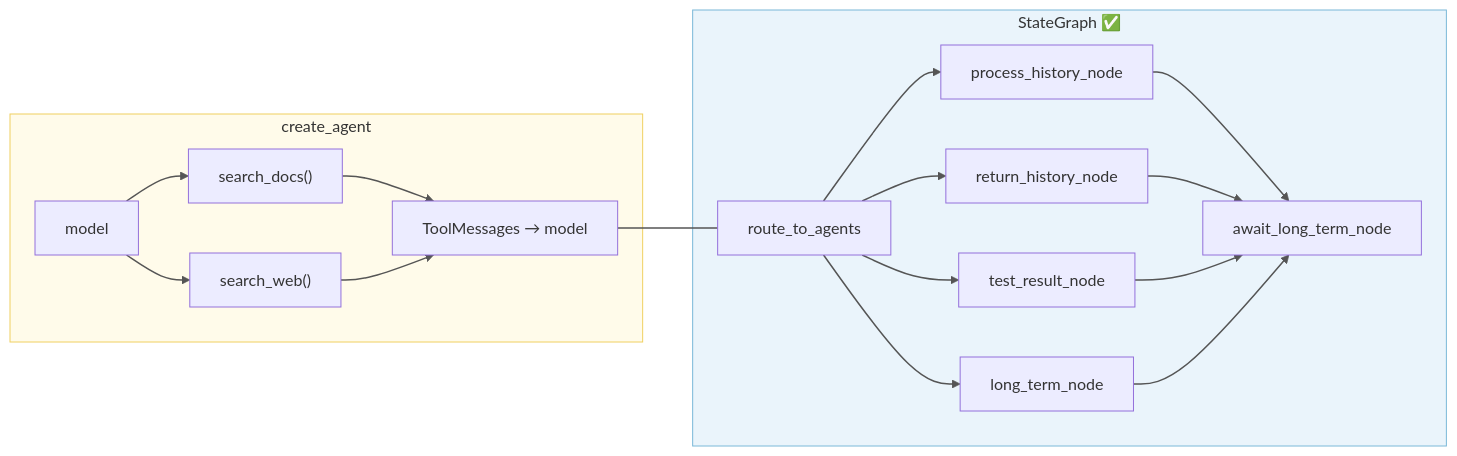
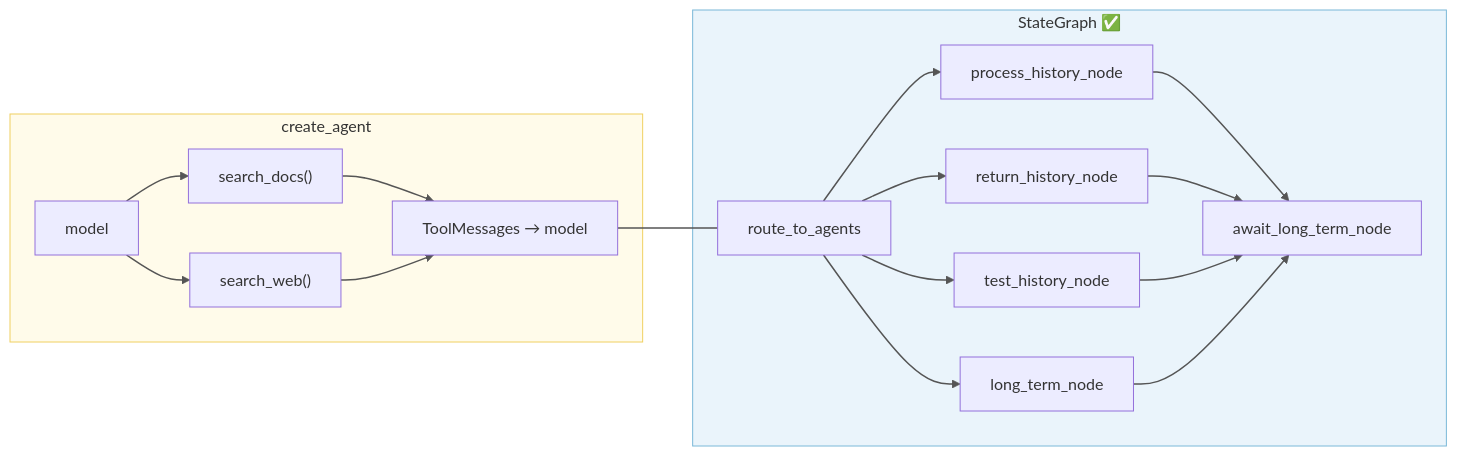
The eighth of 11 diagrams in 3_playground/display_defect_chatbot/docs/final_presentation.md (daehun1102/langchain_study), drawn with Mermaid before and after one commit. The commit also changed other lines of this file and 17 other files, not shown here.

First line of the commit message:
refactor: rename test_result → test_history across all layers

````diff
--- a/3_playground/display_defect_chatbot/docs/final_presentation.md
+++ b/3_playground/display_defect_chatbot/docs/final_presentation.md
@@ -199,23 +207,23 @@
 ```mermaid
 flowchart LR
     subgraph A["create_agent"]
         M1["model"] --> T1["search_docs()"]
         M1 --> T2["search_web()"]
         T1 --> R1["ToolMessages → model"]
         T2 --> R1
     end
 
     subgraph B["StateGraph ✅"]
         S["route_to_agents"] --> L["process_history_node"]
         S --> R["return_history_node"]
-        S --> TS["test_result_node"]
+        S --> TS["test_history_node"]
         S --> LT["long_term_node"]
         L & R & TS & LT --> J["await_long_term_node"]
     end
 
     R1 ~~~ S
 
     style A fill:#fffbea,stroke:#f0d060,color:#333
     style B fill:#eaf4fb,stroke:#7ab8d8,color:#333
     linkStyle default stroke:#555,stroke-width:1.5px
 ```
````
